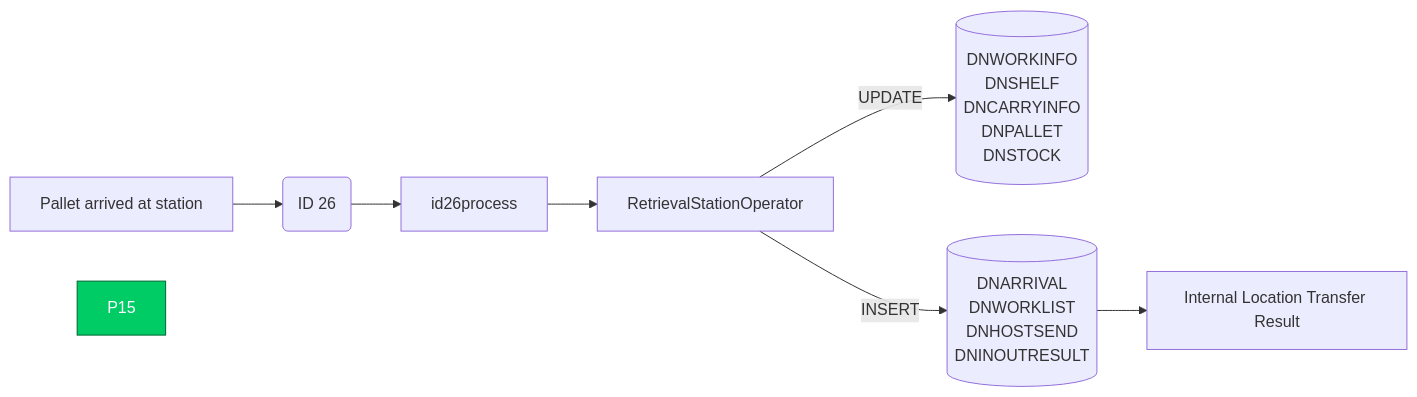
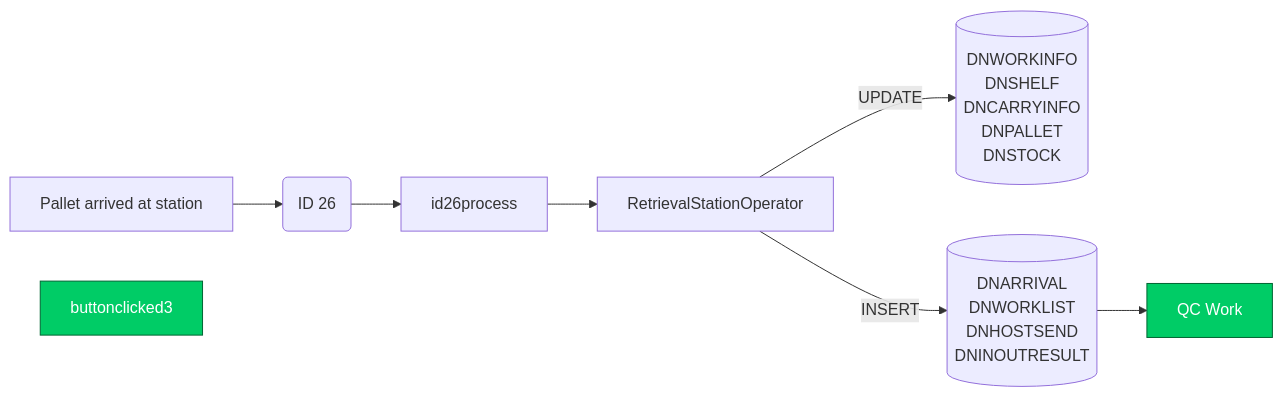
One commit to luthfiadityaa/SimeDarby-Wiki changed diagram 17 of 17 in Basic-Design/DFD-WMS/Retrieval/QC-Setting/Retrieval-for-QC-Start.md. Above: the diagram before and after it, drawn with Mermaid.

Commit message:
Updated Retrieval for QC Start

```diff
--- a/Basic-Design/DFD-WMS/Retrieval/QC-Setting/Retrieval-for-QC-Start.md
+++ b/Basic-Design/DFD-WMS/Retrieval/QC-Setting/Retrieval-for-QC-Start.md
@@ -678,46 +678,50 @@
 ::: mermaid
 flowchart LR
 
 buttonclicked["
 Pallet arrived at station
 "]
 
 buttonclicked2["
 Internal Location Transfer Result 
+"]
+
+buttonclicked2["
+QC Work 
 "]
 
 id26msg("
 ID 26
 ")
 
 id26-update[("
 DNWORKINFO
 DNSHELF
 DNCARRYINFO
 DNPALLET
 DNSTOCK
 ")]
 
 id26-insert[("
 DNARRIVAL
 DNWORKLIST
 DNHOSTSEND
 DNINOUTRESULT
 ")]
 
 id26process[id26process]
 retrievaloperator[RetrievalStationOperator]
 
-
 buttonclicked --> id26msg
 id26msg -->id26process
 id26process-->retrievaloperator
 
 retrievaloperator--> |INSERT| id26-insert
 retrievaloperator--> |UPDATE| id26-update
 id26-insert-->buttonclicked2 
 
 click buttonclicked2 "https://dev.azure.com/Daifuku-SW/ID_SimeDarbyPlantation/_wiki/wikis/ID_SimeDarbyPlantation.wiki/948/Unplanned-Storage-from-HP" "Go to HP"
 click buttonclicked3 "https://dev.azure.com/Daifuku-SW/ID_SimeDarbyPlantation/_wiki/wikis/ID_SimeDarbyPlantation.wiki/880/Unplanned-Storage-from-OP-Area" "Go to OP"
-style P15 fill:#00cc66,stroke:#006633,color:#ffffff
+style buttonclicked2 fill:#00cc66,stroke:#006633,color:#ffffff
+style buttonclicked3 fill:#00cc66,stroke:#006633,color:#ffffff
 :::
```
